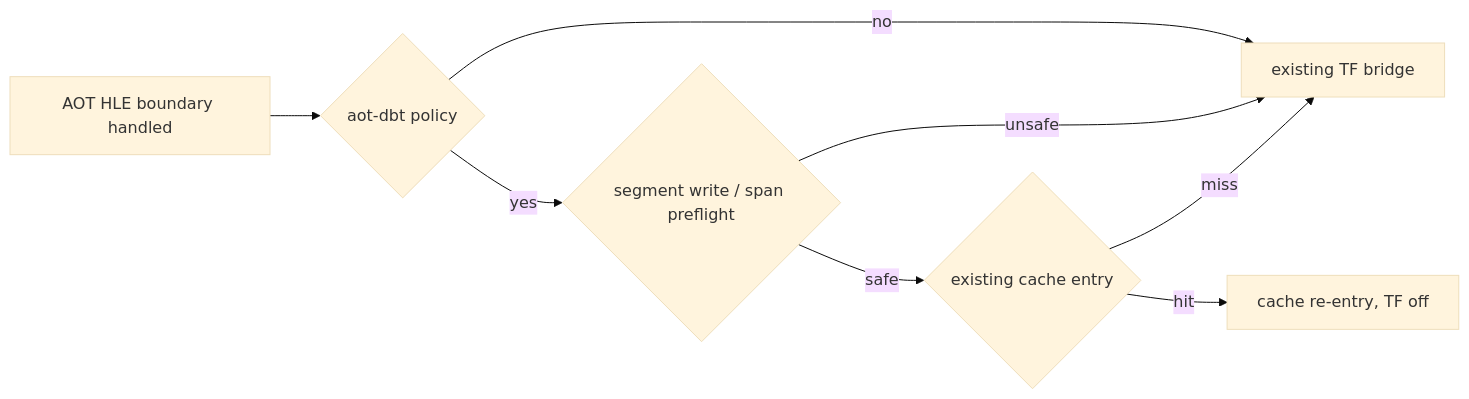
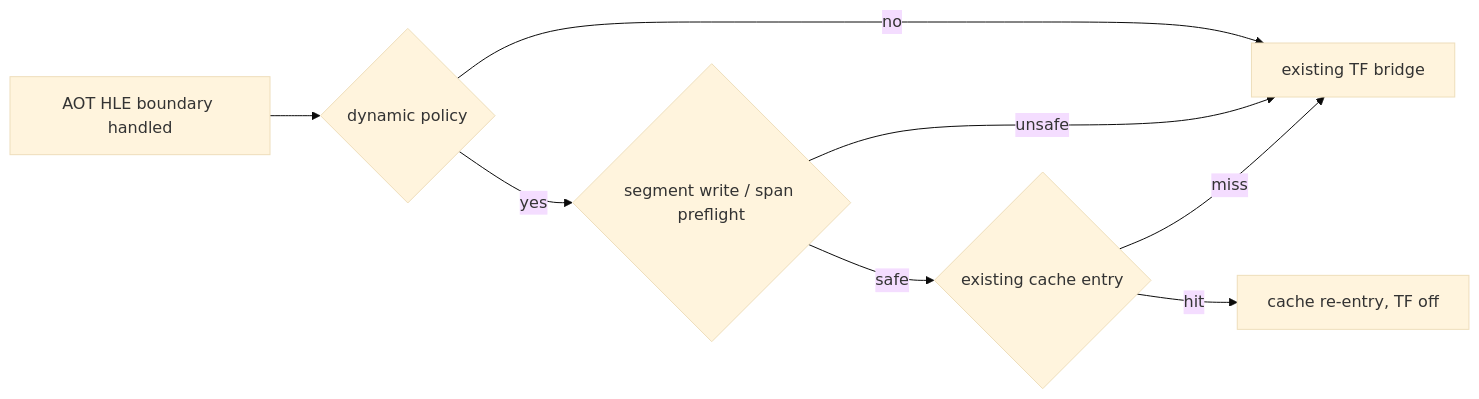
Diagram 12 of 30 in ARCHITECTURE.md (nworkers/rePIU), drawn with Mermaid (base theme) before and after one commit. The commit also changed other lines of this file and 49 other files, not shown here.

````diff
--- a/ARCHITECTURE.md
+++ b/ARCHITECTURE.md
@@ -683,10 +723,10 @@
 ```mermaid
 flowchart LR
-    H["AOT HLE boundary handled"] --> P{"aot-dbt policy"}
+    H["AOT HLE boundary handled"] --> P{"dynamic policy"}
     P -->|"no"| TF["existing TF bridge"]
     P -->|"yes"| S{"segment write / span preflight"}
     S -->|"unsafe"| TF
     S -->|"safe"| C{"existing cache entry"}
     C -->|"hit"| R["cache re-entry, TF off"]
     C -->|"miss"| TF
 ```
````
